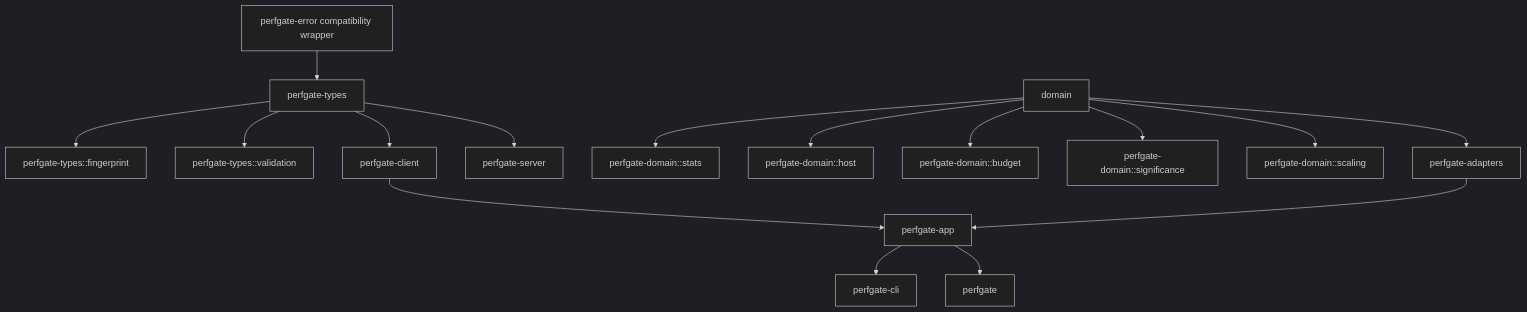
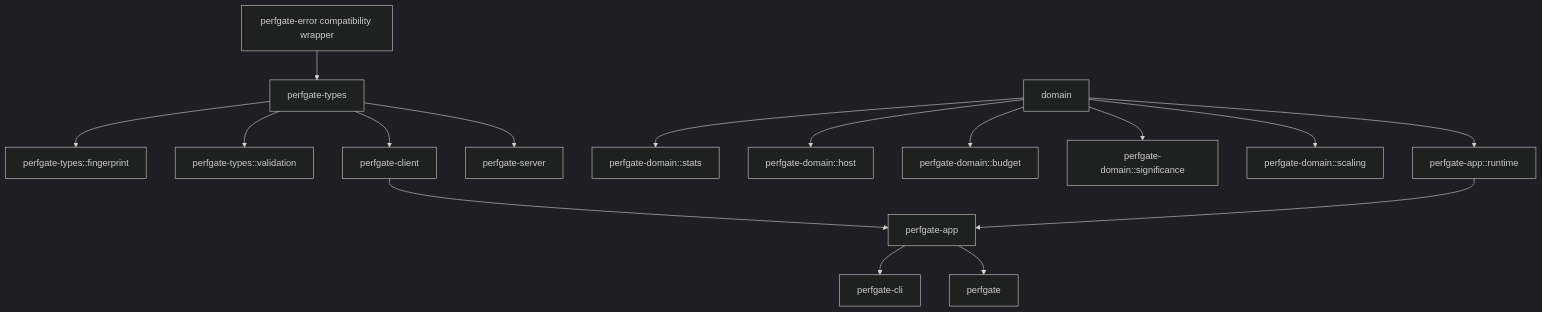
One commit to EffortlessMetrics/perfgate changed the diagram in docs/WORKSPACE.md. Above: the diagram before and after it, drawn with Mermaid (dark theme). The commit also changed other lines of this file and 41 other files, not shown here.

Commit message:
Absorb runtime adapters into app runtime

````diff
--- a/docs/WORKSPACE.md
+++ b/docs/WORKSPACE.md
@@ -32,18 +32,18 @@
 ```mermaid
 graph TD
   error[perfgate-error compatibility wrapper] --> types[perfgate-types]
   types --> fingerprint[perfgate-types::fingerprint]
   domain --> stats[perfgate-domain::stats]
   types --> val[perfgate-types::validation]
   domain --> host[perfgate-domain::host]
   domain --> budget[perfgate-domain::budget]
   domain --> sig[perfgate-domain::significance]
   domain --> scaling[perfgate-domain::scaling]
-  domain --> adapters[perfgate-adapters]
-  adapters --> app[perfgate-app]
+  domain --> runtime[perfgate-app::runtime]
+  runtime --> app[perfgate-app]
   app --> cli[perfgate-cli]
   app --> facade[perfgate]
   types --> client[perfgate-client]
   client --> app
   types --> server[perfgate-server]
 ```
````
